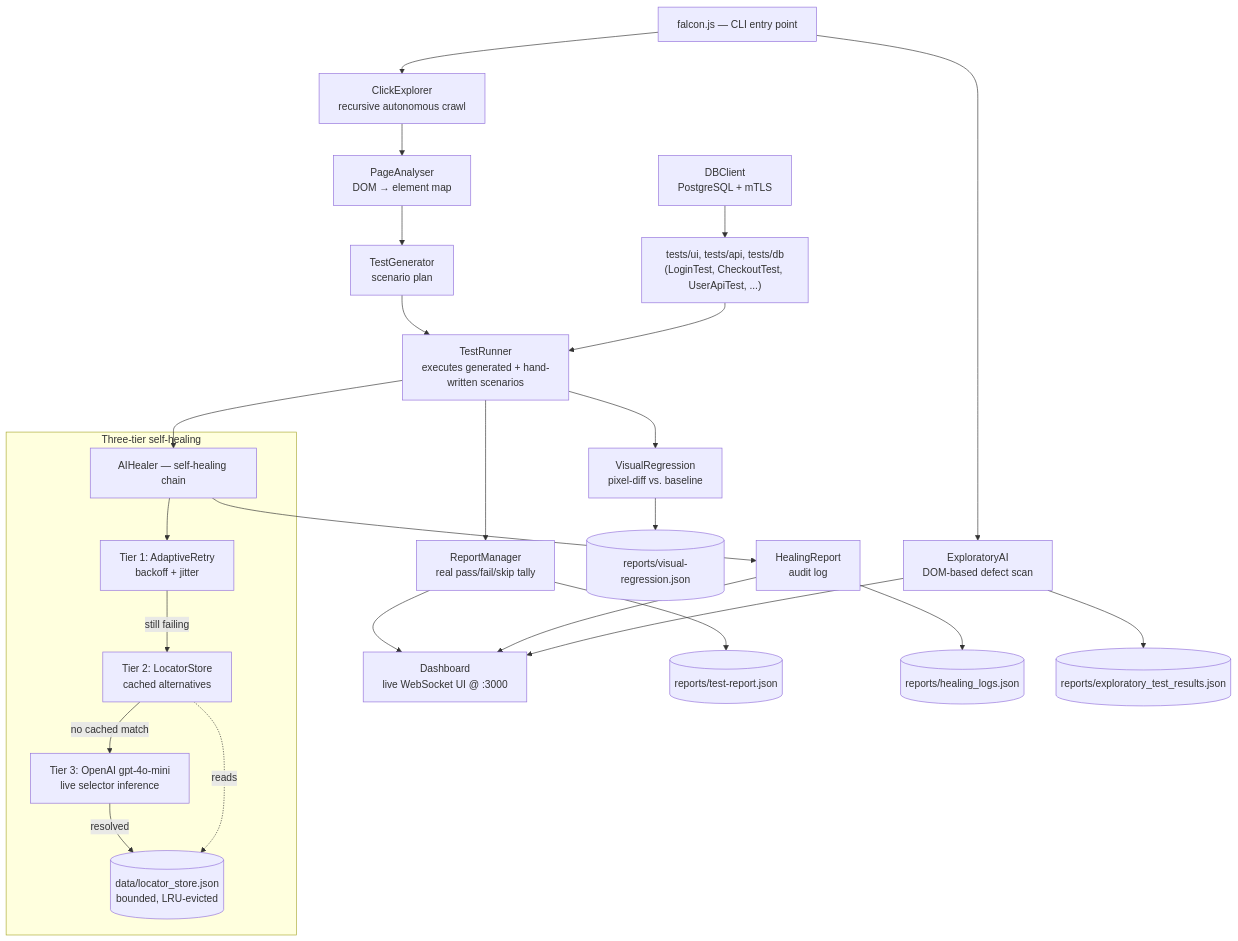
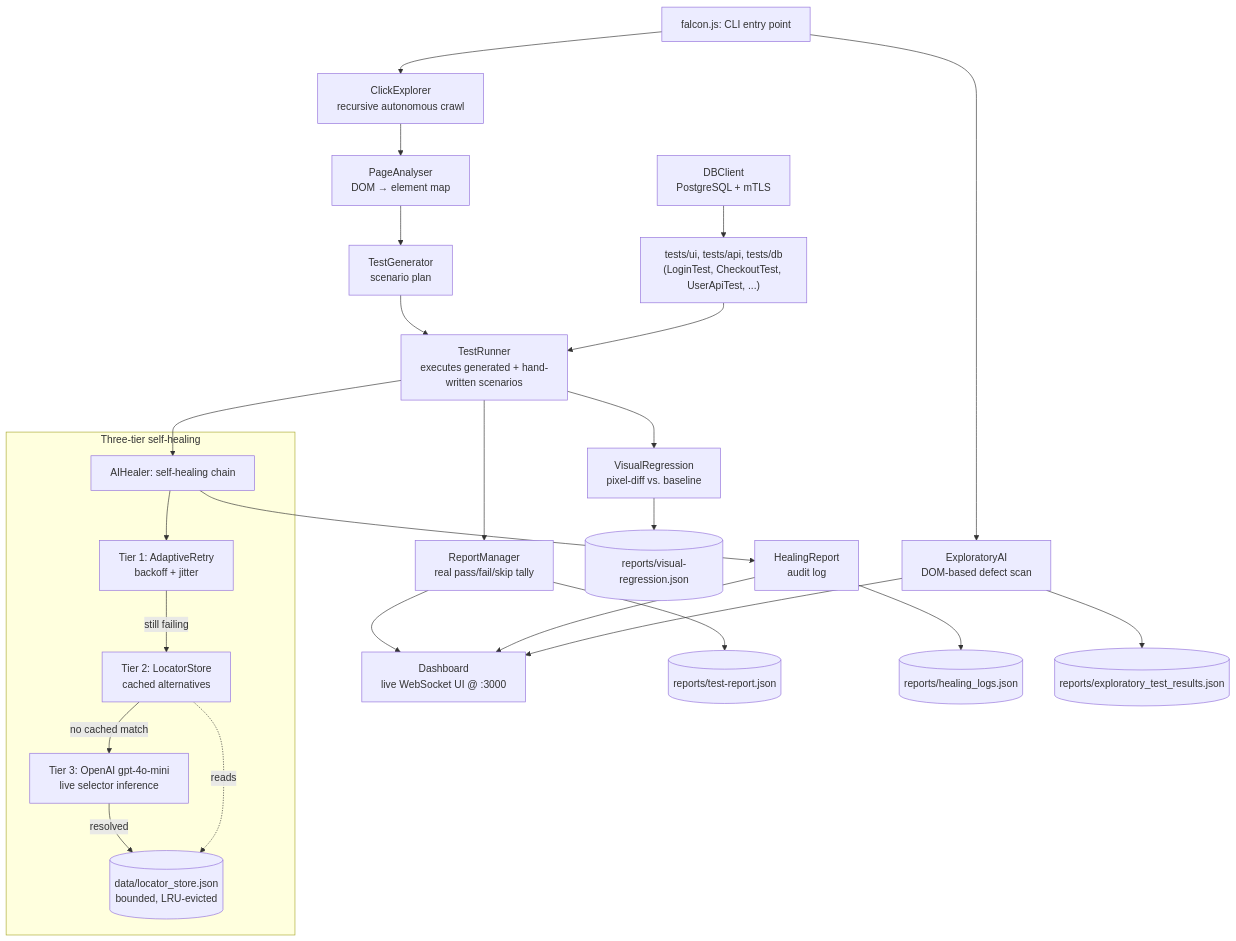
The diagram in README.md (eddieir/Falcon-Automation), drawn with Mermaid before and after one commit. The commit also changed other lines of this file and 1 other file, not shown here.

````diff
--- a/README.md
+++ b/README.md
@@ -198,34 +196,34 @@
 ```mermaid
 flowchart TD
-    CLI["falcon.js — CLI entry point"] --> Explore["ExploratoryAI\nDOM-based defect scan"]
+    CLI["falcon.js: CLI entry point"] --> Explore["ExploratoryAI\nDOM-based defect scan"]
     CLI --> Crawl["ClickExplorer\nrecursive autonomous crawl"]
     Crawl --> Analyse["PageAnalyser\nDOM → element map"]
     Analyse --> Gen["TestGenerator\nscenario plan"]
     Gen --> Runner["TestRunner\nexecutes generated + hand-written scenarios"]
 
     Suite["tests/ui, tests/api, tests/db\n(LoginTest, CheckoutTest, UserApiTest, ...)"] --> Runner
 
-    Runner --> Healer["AIHealer — self-healing chain"]
+    Runner --> Healer["AIHealer: self-healing chain"]
     subgraph Healing["Three-tier self-healing"]
         Healer --> T1["Tier 1: AdaptiveRetry\nbackoff + jitter"]
         T1 -->|still failing| T2["Tier 2: LocatorStore\ncached alternatives"]
         T2 -->|no cached match| T3["Tier 3: OpenAI gpt-4o-mini\nlive selector inference"]
         T3 -->|resolved| Store[("data/locator_store.json\nbounded, LRU-evicted")]
         T2 -.reads.-> Store
     end
 
     Runner --> VR["VisualRegression\npixel-diff vs. baseline"]
     Runner --> RM["ReportManager\nreal pass/fail/skip tally"]
     Healer --> HR["HealingReport\naudit log"]
 
     RM --> Dash["Dashboard\nlive WebSocket UI @ :3000"]
     HR --> Dash
     Explore --> Dash
 
     RM --> ReportsJSON[("reports/test-report.json")]
     HR --> HealLogJSON[("reports/healing_logs.json")]
     VR --> DiffJSON[("reports/visual-regression.json")]
     Explore --> ExploreJSON[("reports/exploratory_test_results.json")]
 
     DB["DBClient\nPostgreSQL + mTLS"] --> Suite
 ```
````
